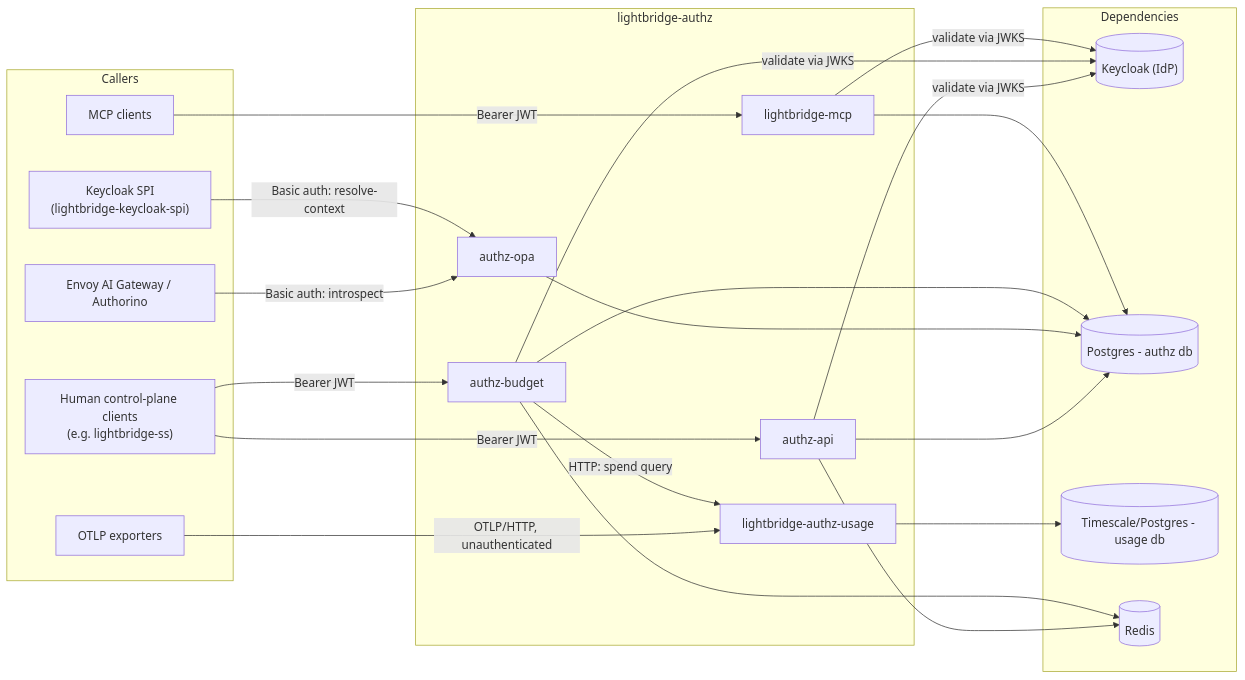
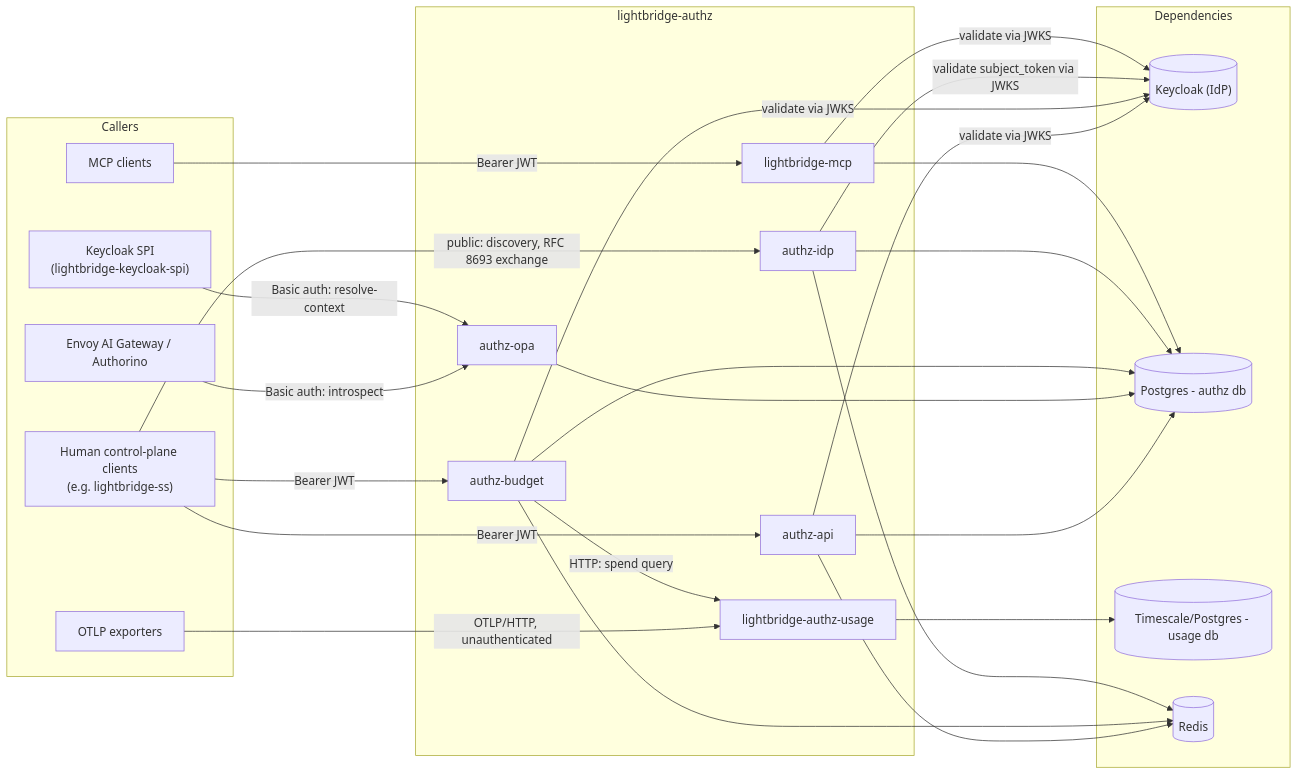
One commit to ADORSYS-GIS/lightbridge-authz changed the first of 2 diagrams in docs/architecture/README.md. Above: the diagram before and after it, drawn with Mermaid. The commit also changed other lines of this file and 2 other files, not shown here.

First line of the commit message:
docs(architecture): add authz-idp to service docs (#344 follow-up)

````diff
--- a/docs/architecture/README.md
+++ b/docs/architecture/README.md
@@ -12,45 +12,50 @@
 ```mermaid
 flowchart LR
     subgraph callers["Callers"]
         Frontend["Human control-plane clients\n(e.g. lightbridge-ss)"]
         Gateway["Envoy AI Gateway / Authorino"]
         KcAdapter["Keycloak SPI\n(lightbridge-keycloak-spi)"]
         McpClient["MCP clients"]
         OtelExporters["OTLP exporters"]
     end
 
     subgraph system["lightbridge-authz"]
         API["authz-api"]
         OPA["authz-opa"]
         Budget["authz-budget"]
+        Idp["authz-idp"]
         MCP["lightbridge-mcp"]
         Usage["lightbridge-authz-usage"]
     end
 
     subgraph deps["Dependencies"]
         Keycloak[("Keycloak (IdP)")]
         Postgres[("Postgres - authz db")]
         Timescale[("Timescale/Postgres - usage db")]
         Redis[("Redis")]
     end
 
     Frontend -->|"Bearer JWT"| API
     Frontend -->|"Bearer JWT"| Budget
+    Frontend -->|"public: discovery, RFC 8693 exchange"| Idp
     Gateway -->|"Basic auth: introspect"| OPA
     KcAdapter -->|"Basic auth: resolve-context"| OPA
     McpClient -->|"Bearer JWT"| MCP
     OtelExporters -->|"OTLP/HTTP, unauthenticated"| Usage
 
     API -->|"validate via JWKS"| Keycloak
     Budget -->|"validate via JWKS"| Keycloak
+    Idp -->|"validate subject_token via JWKS"| Keycloak
     MCP -->|"validate via JWKS"| Keycloak
 
     API --> Postgres
     OPA --> Postgres
     Budget --> Postgres
+    Idp --> Postgres
     MCP --> Postgres
     API --> Redis
     Budget --> Redis
+    Idp --> Redis
     Budget -->|"HTTP: spend query"| Usage
     Usage --> Timescale
 ```
````
